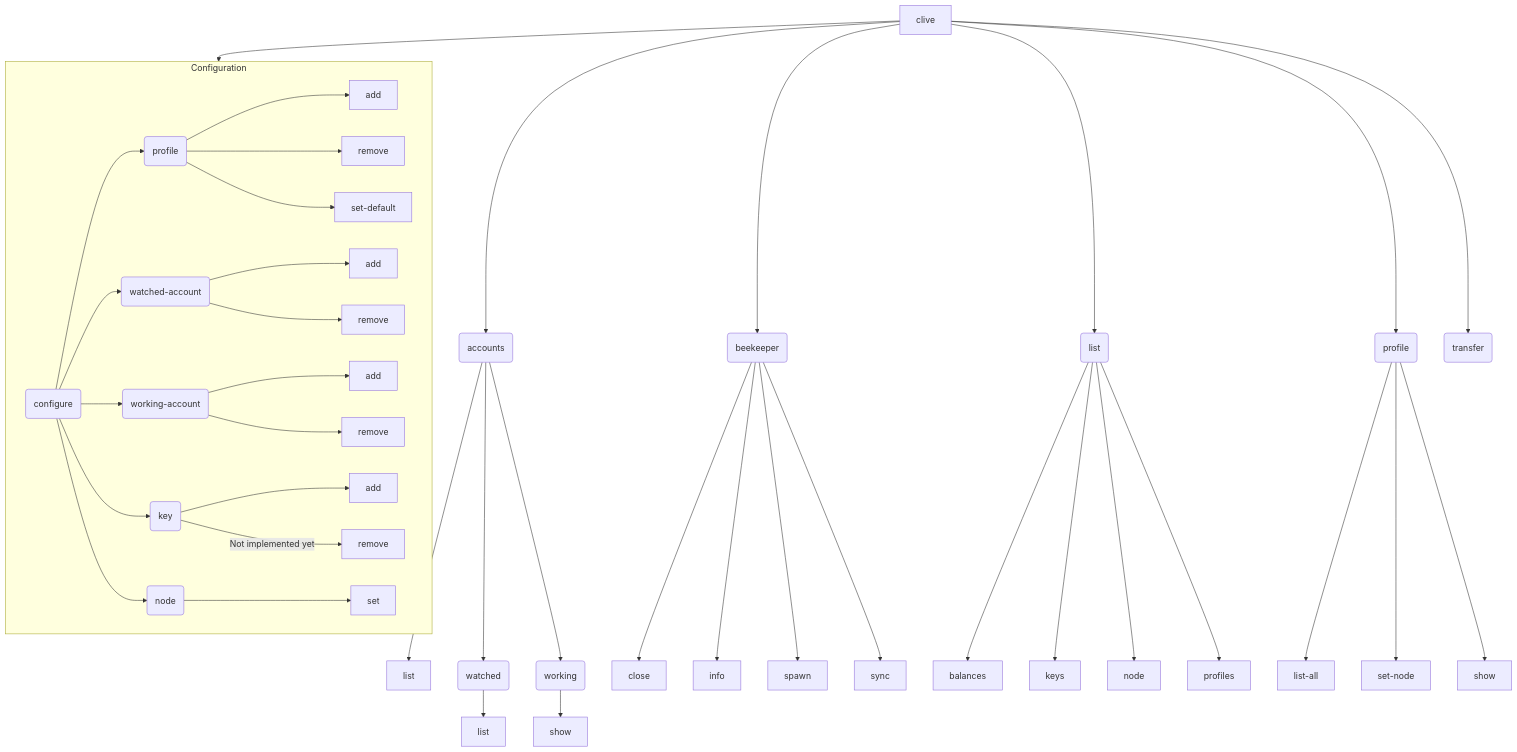
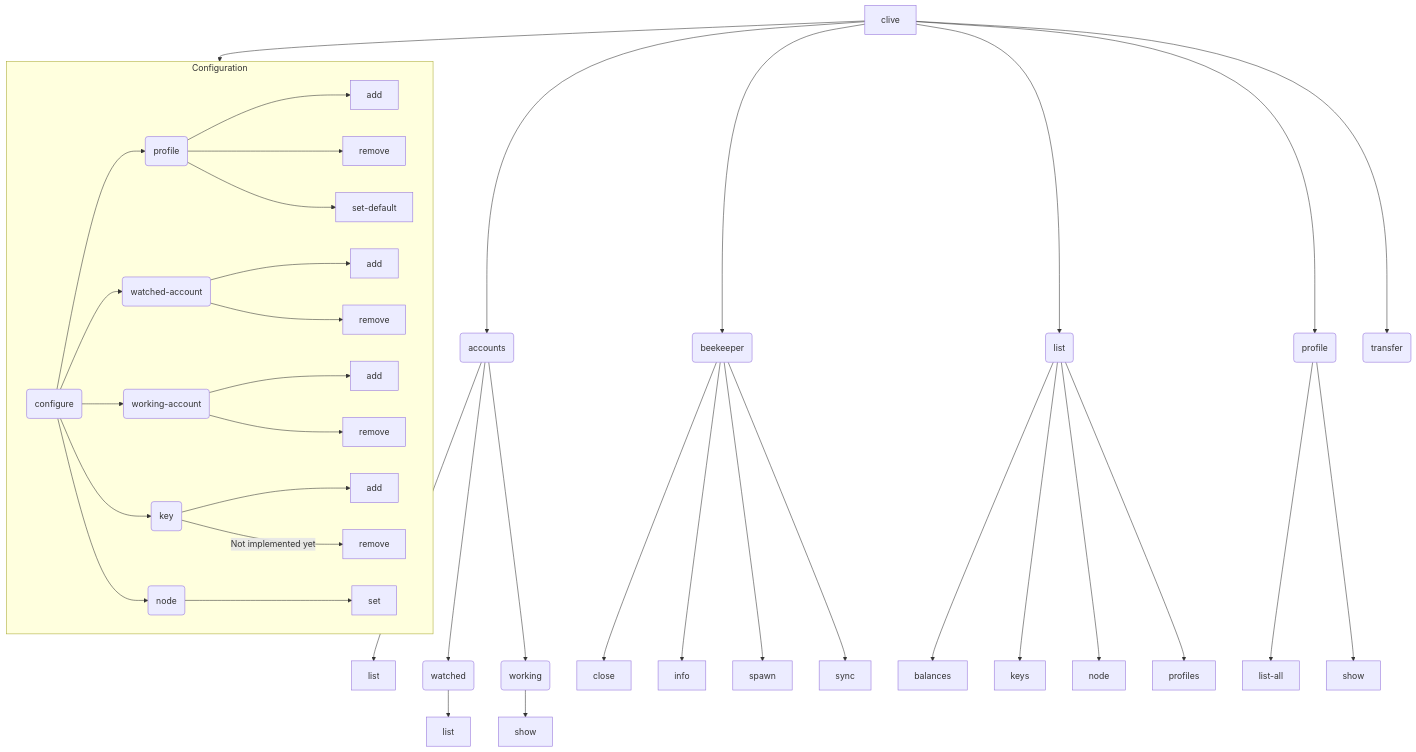
One commit to openhive-network/clive changed the diagram in clive/__private/cli/commands_structure.md. Above: the diagram before and after it, drawn with Mermaid. The commit also changed 5 other files, not shown here.

````diff
--- a/clive/__private/cli/commands_structure.md
+++ b/clive/__private/cli/commands_structure.md
@@ -16,48 +16,47 @@
 ```mermaid
 flowchart TD
     Clive[clive] --> Configuration
 
     subgraph Configuration
         Configure(configure) --> ConfigureProfile(profile)
         ConfigureProfile --> CreateProfile[add]
         ConfigureProfile --> DeleteProfile[remove]
         ConfigureProfile --> SetDefaultProfile[set-default]
 
         Configure --> ConfigureWatchedAccount(watched-account)
         ConfigureWatchedAccount --> AddWatchedAccount[add]
         ConfigureWatchedAccount --> RemoveWatchedAccount[remove]
 
         Configure --> ConfigureWorkingAccount(working-account)
         ConfigureWorkingAccount --> AddWorkingAccount[add]
         ConfigureWorkingAccount --> RemoveWorkingAccount[remove]
 
         Configure --> ConfigureKey(key)
         ConfigureKey --> AddKey[add]
         ConfigureKey -->|"Not implemented yet"| RemoveKey[remove]
 
         Configure --> ConfigureNode(node)
         ConfigureNode --> SetNode[set]
     end
 
     Clive[clive] --> Accounts(accounts)
     Accounts --> AccountsList[list]
     Accounts --> AccountsWatched(watched)
     Accounts --> AccountsWorking(working)
     AccountsWatched --> AccountsWatchedList[list]
     AccountsWorking --> AccountsWorkingShow[show]
     Clive --> Beekeeper(beekeeper)
     Beekeeper --> BeekeeperClose[close]
     Beekeeper --> BeekeeperInfo[info]
     Beekeeper --> BeekeeperSpawn[spawn]
     Beekeeper --> BeekeeperSync[sync]
     Clive --> List(list)
     List --> ListBalances[balances]
     List --> ListKeys[keys]
     List --> ListNode[node]
     List --> ListProfiles[profiles]
     Clive --> Profile(profile)
     Profile --> ProfileListAll[list-all]
-    Profile --> ProfileSetNode[set-node]
     Profile --> ProfileShow[show]
     Clive --> Transfer(transfer)
 ```
````
